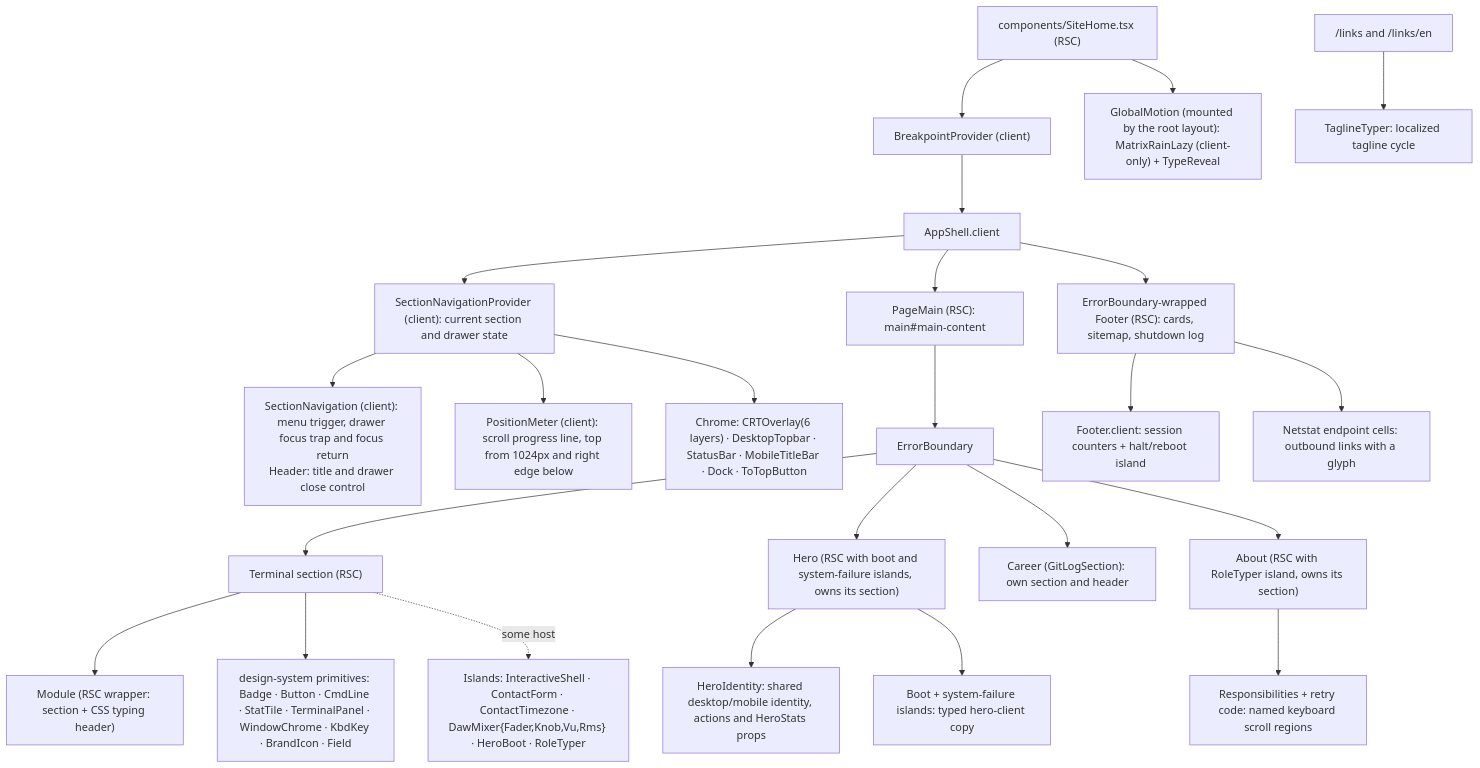
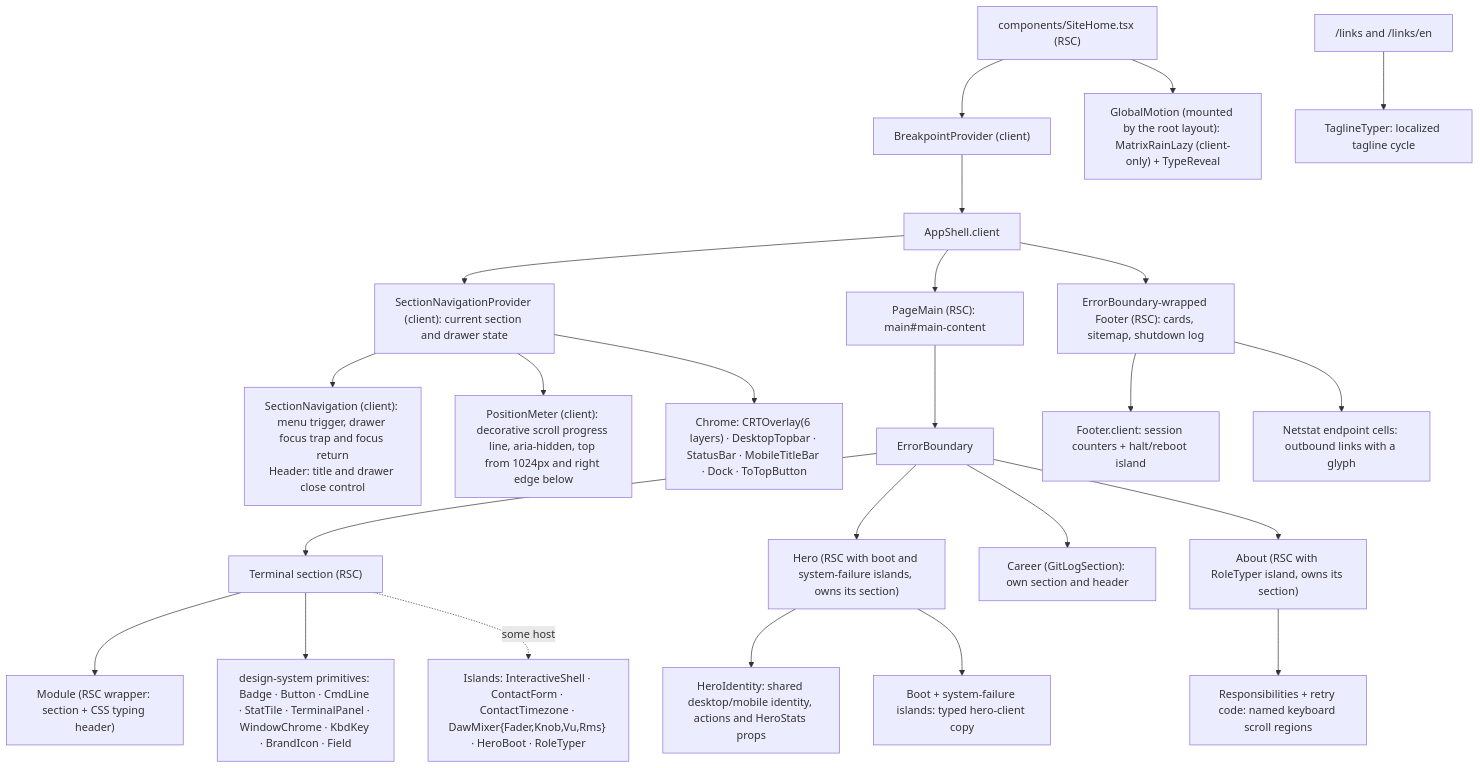
One commit to erikunha/portfolio changed the first of 2 diagrams in docs/04-components-and-state.md. Above: the diagram before and after it, drawn with Mermaid. The commit also changed other lines of this file and 29 other files, not shown here.

````diff
--- a/docs/04-components-and-state.md
+++ b/docs/04-components-and-state.md
@@ -30,26 +30,26 @@
 ```mermaid
 flowchart TD
     page["components/SiteHome.tsx (RSC)"] --> bp["BreakpointProvider (client)"]
     bp --> shell["AppShell.client"]
     shell --> navigation["SectionNavigationProvider (client): current section and drawer state"]
     navigation --> rail["SectionNavigation (client): menu trigger, drawer focus trap and focus return<br/>Header: title and drawer close control"]
-    navigation --> position["PositionMeter (client): scroll progress line, top from 1024px and right edge below"]
+    navigation --> position["PositionMeter (client): decorative scroll progress line, aria-hidden, top from 1024px and right edge below"]
     navigation --> chrome["Chrome: CRTOverlay(6 layers) · DesktopTopbar · StatusBar · MobileTitleBar · Dock · ToTopButton"]
     page --> gm["GlobalMotion (mounted by the root layout): MatrixRainLazy (client-only) + TypeReveal"]
     shell --> main["PageMain (RSC): main#main-content"]
     main --> eb["ErrorBoundary"]
     eb --> sec["Terminal section (RSC)"]
     sec --> mod["Module (RSC wrapper: section + CSS typing header)"]
     sec --> dsp["design-system primitives: Badge · Button · CmdLine · StatTile · TerminalPanel · WindowChrome · KbdKey · BrandIcon · Field"]
     sec -. some host .-> isl["Islands: InteractiveShell · ContactForm · ContactTimezone · DawMixer{Fader,Knob,Vu,Rms} · HeroBoot · RoleTyper"]
     eb --> hero["Hero (RSC with boot and system-failure islands, owns its section)"]
     hero --> identity["HeroIdentity: shared desktop/mobile identity, actions and HeroStats props"]
     hero --> clientcopy["Boot + system-failure islands: typed hero-client copy"]
     eb --> career["Career (GitLogSection): own section and header"]
     eb --> about["About (RSC with RoleTyper island, owns its section)"]
     about --> scroll["Responsibilities + retry code: named keyboard scroll regions"]
     shell --> fl["ErrorBoundary-wrapped Footer (RSC): cards, sitemap, shutdown log"]
     fl --> fi["Footer.client: session counters + halt/reboot island"]
     fl --> fc["Netstat endpoint cells: outbound links with a glyph"]
     links["/links and /links/en"] --> tagline["TaglineTyper: localized tagline cycle"]
 ```
````
